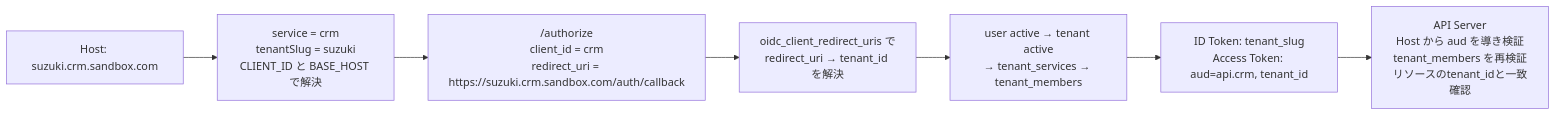
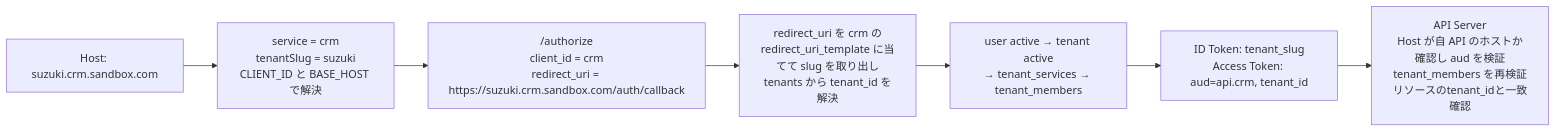
The second of 2 diagrams in docs/design/01-system-architecture.md (daisuke-tanabe/multi-domain-sandbox), drawn with Mermaid before and after one commit. The commit also changed other lines of this file and 120 other files, not shown here.

````diff
--- a/docs/design/01-system-architecture.md
+++ b/docs/design/01-system-architecture.md
@@ -123,9 +123,9 @@
 ```mermaid
 flowchart LR
     Host["Host: suzuki.crm.sandbox.com"] --> Resolve["service = crm<br/>tenantSlug = suzuki<br/>CLIENT_ID と BASE_HOST で解決"]
     Resolve --> Req["/authorize<br/>client_id = crm<br/>redirect_uri = https://suzuki.crm.sandbox.com/auth/callback"]
-    Req --> Tenant["oidc_client_redirect_uris で<br/>redirect_uri → tenant_id を解決"]
+    Req --> Tenant["redirect_uri を crm の<br/>redirect_uri_template に当てて slug を取り出し<br/>tenants から tenant_id を解決"]
     Tenant --> Check["user active → tenant active<br/>→ tenant_services → tenant_members"]
     Check --> Token["ID Token: tenant_slug<br/>Access Token: aud=api.crm, tenant_id"]
-    Token --> Api["API Server<br/>Host から aud を導き検証<br/>tenant_members を再検証<br/>リソースのtenant_idと一致確認"]
+    Token --> Api["API Server<br/>Host が自 API のホストか確認し aud を検証<br/>tenant_members を再検証<br/>リソースのtenant_idと一致確認"]
 ```
````
